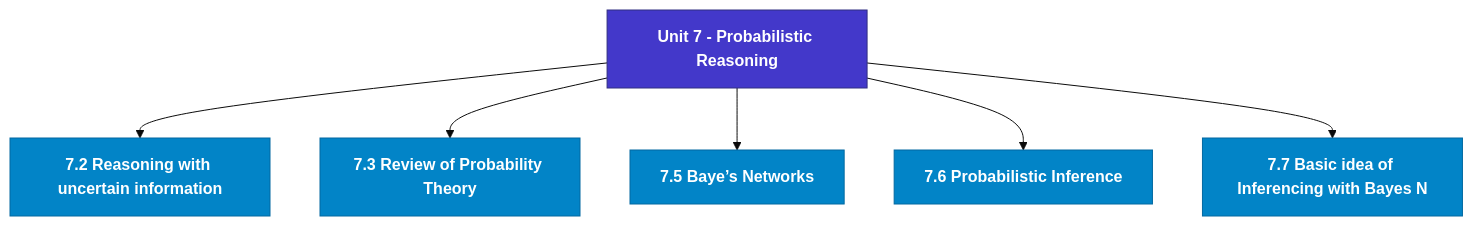
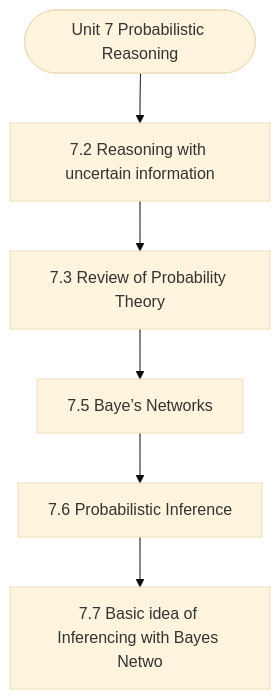
Before and after one commit to Asutosh-Coaching/mscdsa: the diagram in notes/Semester_2/MCS-224_Artificial_Intelligence_&_Machine_Learning/unit_07_Probabilistic_Reasoning.md, drawn with Mermaid (base theme). The commit also changed other lines of this file and 115 other files, not shown here.

Commit message:
Fix Mermaid layout for mobile, isolate LaTeX delimiters, and add GitHub Pages reader

````diff
--- a/notes/Semester_2/MCS-224_Artificial_Intelligence_&_Machine_Learning/unit_07_Probabilistic_Reasoning.md
+++ b/notes/Semester_2/MCS-224_Artificial_Intelligence_&_Machine_Learning/unit_07_Probabilistic_Reasoning.md
@@ -19,19 +19,14 @@
 ```mermaid
 flowchart TD
-  %% Styling Definitions
-  classDef head fill:#4338ca,stroke:#312e81,color:#ffffff,font-weight:bold;
-  classDef topic fill:#0284c7,stroke:#0369a1,color:#ffffff,font-weight:600;
-  classDef sub fill:#1e293b,stroke:#475569,color:#f8fafc;
-
-  Root["Unit 7 - Probabilistic Reasoning"]:::head
-  M1["7.2 Reasoning with uncertain information"]:::topic
-  Root --> M1
-  M2["7.3 Review of Probability Theory"]:::topic
-  Root --> M2
-  M3["7.5 Baye’s Networks"]:::topic
-  Root --> M3
-  M4["7.6 Probabilistic Inference"]:::topic
-  Root --> M4
-  M5["7.7 Basic idea of Inferencing with Bayes N"]:::topic
-  Root --> M5
+  Start(["Unit 7 Probabilistic Reasoning"])
+  N1["7.2 Reasoning with uncertain information"]
+  N2["7.3 Review of Probability Theory"]
+  N3["7.5 Baye’s Networks"]
+  N4["7.6 Probabilistic Inference"]
+  N5["7.7 Basic idea of Inferencing with Bayes Netwo"]
+  Start --> N1
+  N1 --> N2
+  N2 --> N3
+  N3 --> N4
+  N4 --> N5
 ```
````
